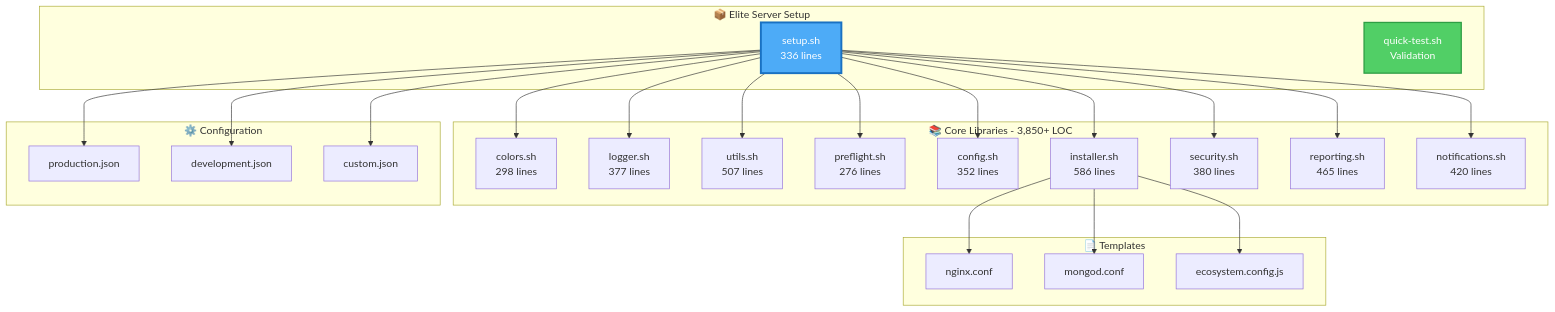
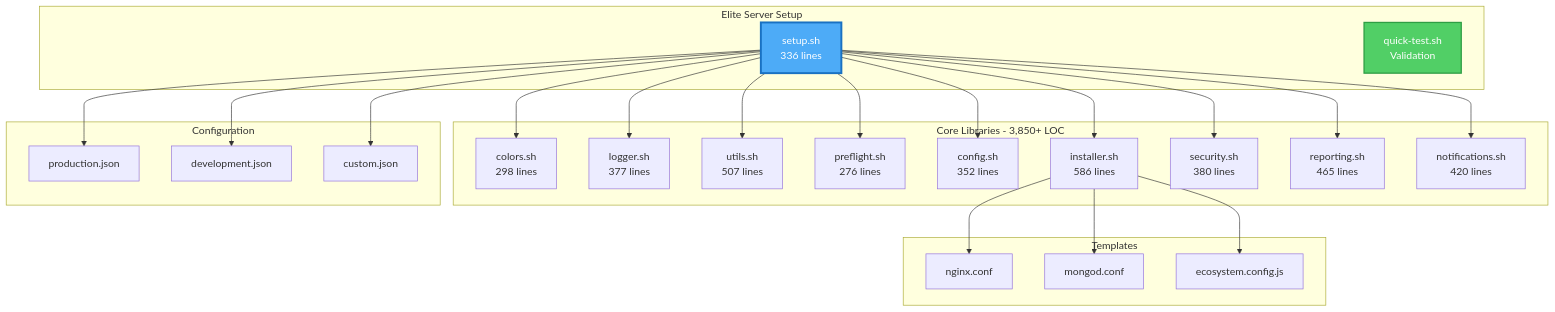
One commit to naveed-gung/Auto-Server-Script changed the fifth of 7 diagrams in README.md. Above: the diagram before and after it, drawn with Mermaid. The commit also changed other lines of this file and 1 other file, not shown here.

````diff
--- a/README.md
+++ b/README.md
@@ -1175,38 +1139,38 @@
 ```mermaid
 graph TB
-    subgraph "📦 Elite Server Setup"
-        A[setup.sh<br/>336 lines]
-        B[quick-test.sh<br/>Validation]
-    end
-    
-    subgraph "📚 Core Libraries - 3,850+ LOC"
-        C[colors.sh<br/>298 lines]
-        D[logger.sh<br/>377 lines]
-        E[utils.sh<br/>507 lines]
-        F[preflight.sh<br/>276 lines]
-        G[config.sh<br/>352 lines]
-        H[installer.sh<br/>586 lines]
-        I[security.sh<br/>380 lines]
-        J[reporting.sh<br/>465 lines]
-        K[notifications.sh<br/>420 lines]
-    end
-    
-    subgraph "⚙️ Configuration"
-        L[production.json]
-        M[development.json]
-        N[custom.json]
-    end
-    
-    subgraph "📄 Templates"
-        O[nginx.conf]
-        P[mongod.conf]
-        Q[ecosystem.config.js]
-    end
-    
-    A --> C & D & E & F & G & H & I & J & K
-    A --> L & M & N
-    H --> O & P & Q
-    
-    style A fill:#4dabf7,stroke:#1971c2,stroke-width:3px,color:#fff
-    style B fill:#51cf66,stroke:#2f9e44,stroke-width:2px,color:#fff
+subgraph " Elite Server Setup"
+A[setup.sh<br/>336 lines]
+B[quick-test.sh<br/>Validation]
+end
+
+subgraph " Core Libraries - 3,850+ LOC"
+C[colors.sh<br/>298 lines]
+D[logger.sh<br/>377 lines]
+E[utils.sh<br/>507 lines]
+F[preflight.sh<br/>276 lines]
+G[config.sh<br/>352 lines]
+H[installer.sh<br/>586 lines]
+I[security.sh<br/>380 lines]
+J[reporting.sh<br/>465 lines]
+K[notifications.sh<br/>420 lines]
+end
+
+subgraph " Configuration"
+L[production.json]
+M[development.json]
+N[custom.json]
+end
+
+subgraph " Templates"
+O[nginx.conf]
+P[mongod.conf]
+Q[ecosystem.config.js]
+end
+
+A --> C & D & E & F & G & H & I & J & K
+A --> L & M & N
+H --> O & P & Q
+
+style A fill:#4dabf7,stroke:#1971c2,stroke-width:3px,color:#fff
+style B fill:#51cf66,stroke:#2f9e44,stroke-width:2px,color:#fff
 ```
````
